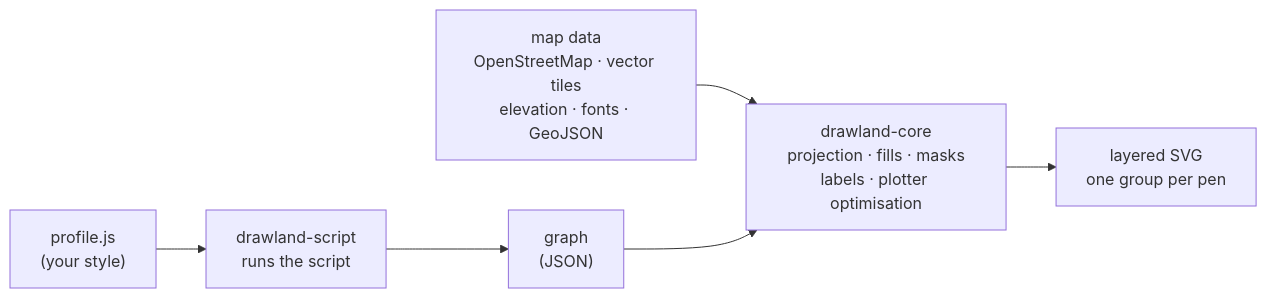
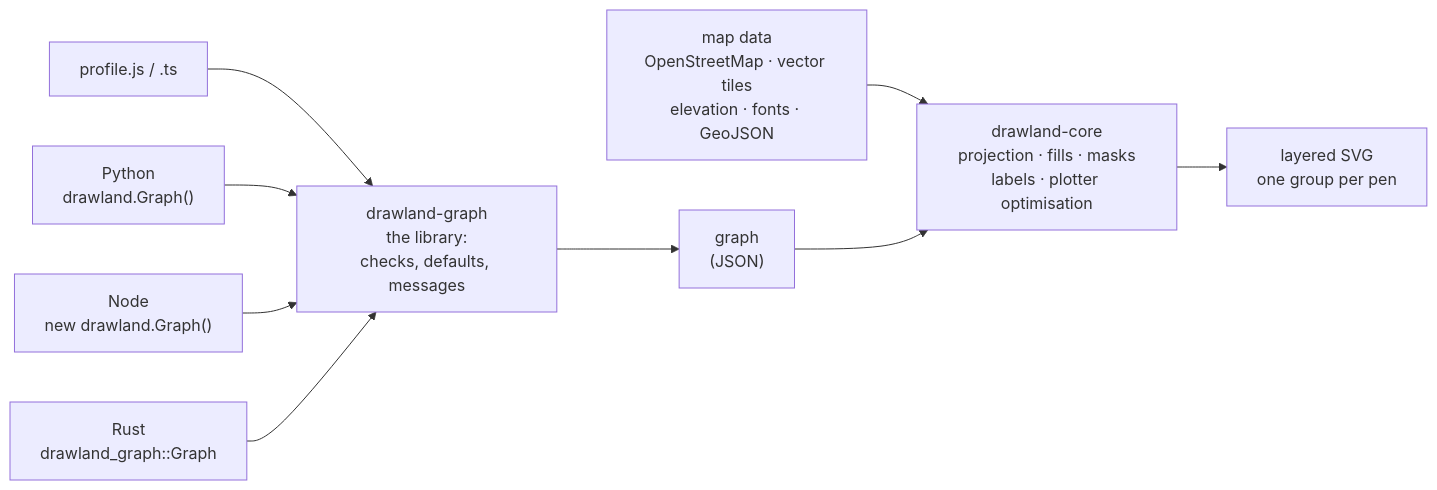
The diagram in README.md (piLeoni/drawland), drawn with Mermaid before and after one commit. The commit also changed other lines of this file and 48 other files, not shown here.

First line of the commit message:
The library is Rust; JavaScript, TypeScript, Python, Node and Rust are its faces. MIT. 0.3.0.

````diff
--- a/README.md
+++ b/README.md
@@ -32,8 +32,11 @@
 ```mermaid
 flowchart LR
-    P["profile.js<br/>(your style)"] --> S["drawland-script<br/>runs the script"]
-    S --> G["graph<br/>(JSON)"]
+    JS["profile.js / .ts"] --> L
+    PY["Python<br/>drawland.Graph()"] --> L
+    NODE["Node<br/>new drawland.Graph()"] --> L
+    RS["Rust<br/>drawland_graph::Graph"] --> L
+    L["drawland-graph<br/>the library:<br/>checks, defaults, messages"] --> G["graph<br/>(JSON)"]
     D["map data<br/>OpenStreetMap · vector tiles<br/>elevation · fonts · GeoJSON"] --> C
     G --> C["drawland-core<br/>projection · fills · masks<br/>labels · plotter optimisation"]
     C --> O["layered SVG<br/>one group per pen"]
 ```
````
